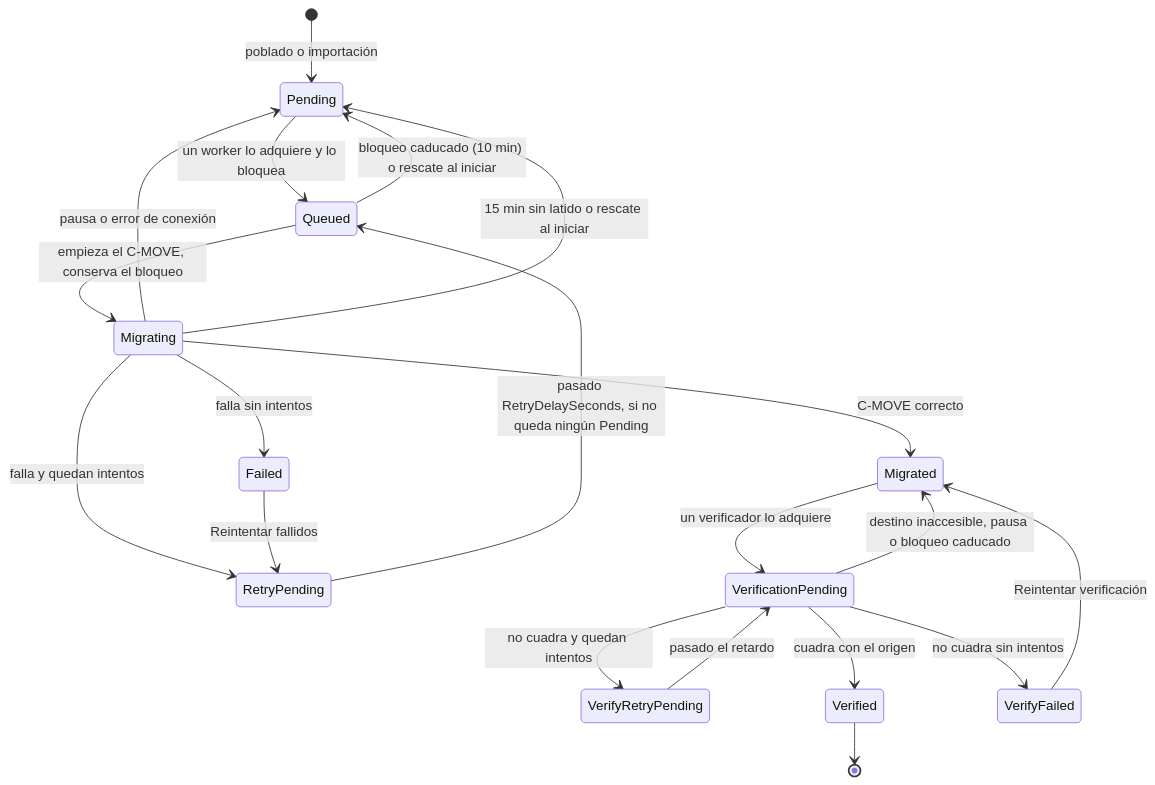
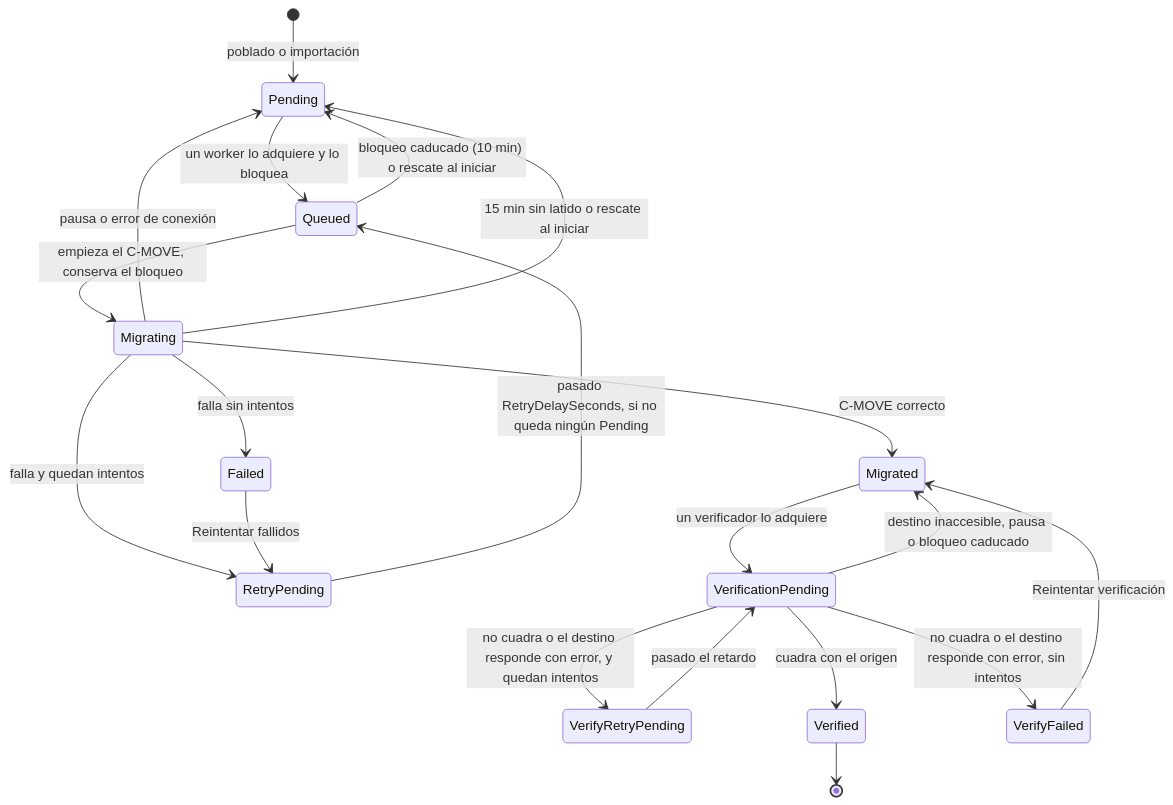
The fourth of 12 diagrams in Base de datos de DICOM Migrator.md (jaguilarcorreo-spec/DicomMigradorPostgreSQL), drawn with Mermaid before and after one commit. The commit also changed other lines of this file and 3 other files, not shown here.

````diff
--- a/Base de datos de DICOM Migrator.md
+++ b/Base de datos de DICOM Migrator.md
@@ -400,22 +400,22 @@
 ```mermaid
 stateDiagram-v2
   [*] --> Pending : poblado o importación
   Pending --> Queued : un worker lo adquiere y lo bloquea
   RetryPending --> Queued : pasado RetryDelaySeconds, si no queda ningún Pending
   Queued --> Pending : bloqueo caducado (10 min) o rescate al iniciar
   Queued --> Migrating : empieza el C-MOVE, conserva el bloqueo
   Migrating --> Migrated : C-MOVE correcto
   Migrating --> RetryPending : falla y quedan intentos
   Migrating --> Failed : falla sin intentos
   Migrating --> Pending : pausa o error de conexión
   Migrating --> Pending : 15 min sin latido o rescate al iniciar
   Failed --> RetryPending : Reintentar fallidos
   Migrated --> VerificationPending : un verificador lo adquiere
   VerifyRetryPending --> VerificationPending : pasado el retardo
   VerificationPending --> Migrated : destino inaccesible, pausa o bloqueo caducado
   VerificationPending --> Verified : cuadra con el origen
-  VerificationPending --> VerifyRetryPending : no cuadra y quedan intentos
-  VerificationPending --> VerifyFailed : no cuadra sin intentos
+  VerificationPending --> VerifyRetryPending : no cuadra o el destino responde con error, y quedan intentos
+  VerificationPending --> VerifyFailed : no cuadra o el destino responde con error, sin intentos
   VerifyFailed --> Migrated : Reintentar verificación
   Verified --> [*]
 ```
````
